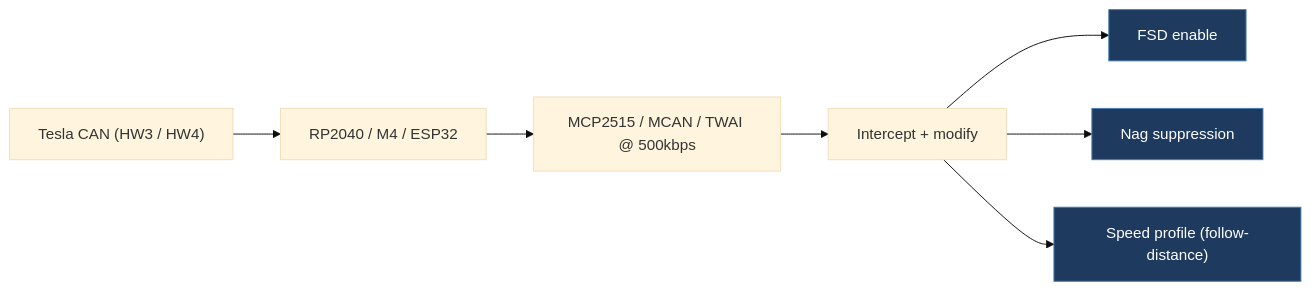
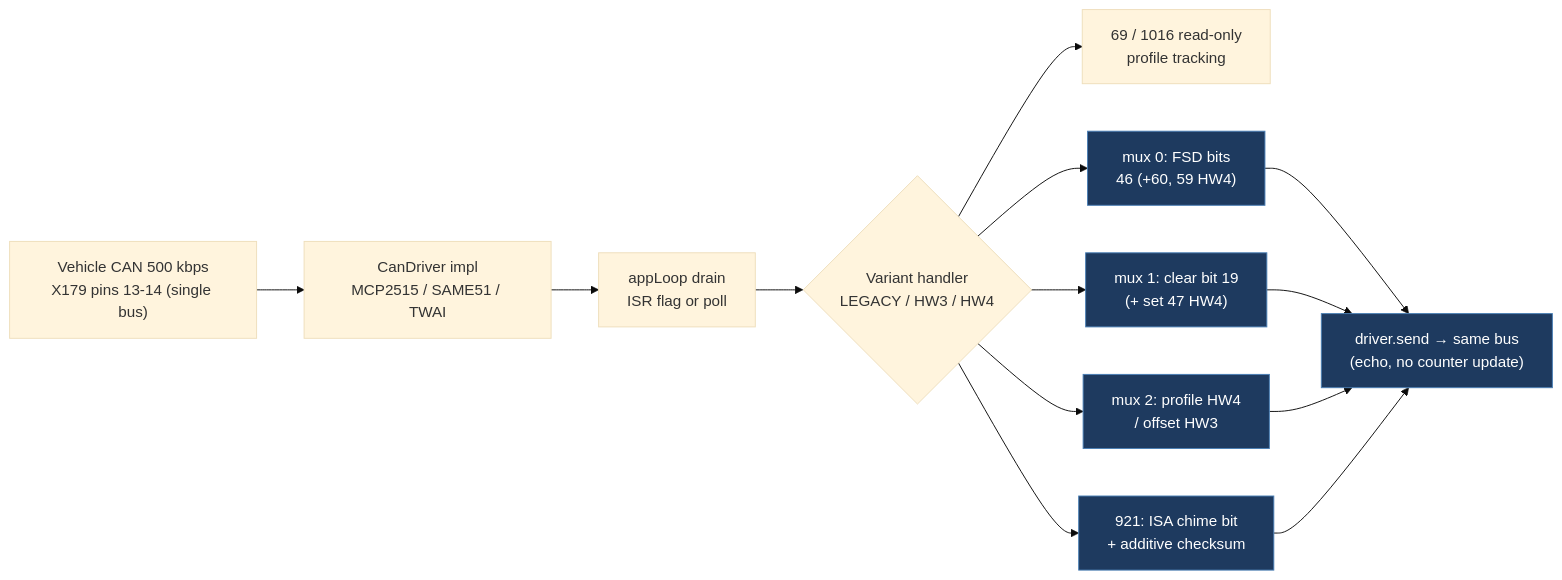
One commit to babico/TeslaCANModder changed the first of 2 diagrams in docs/legacy/dongho74s-tesla-open-can-mod.md. Above: the diagram before and after it, drawn with Mermaid (base theme). The commit also changed other lines of this file and 99 other files, not shown here.

````diff
--- a/docs/legacy/dongho74s-tesla-open-can-mod.md
+++ b/docs/legacy/dongho74s-tesla-open-can-mod.md
@@ -26,11 +103,14 @@
 ```mermaid
 flowchart LR
-    Car["Tesla CAN (HW3 / HW4)"] --> MCU["RP2040 / M4 / ESP32"]
-    MCU --> Driver["MCP2515 / MCAN / TWAI @ 500kbps"]
-    Driver --> Frame["Intercept + modify"]
-    Frame --> FSD["FSD enable"]
-    Frame --> Nag["Nag suppression"]
-    Frame --> Prof["Speed profile (follow-distance)"]
-    classDef path fill:#1e3a5f,stroke:#4a7fb5,color:#fff
-    class FSD,Nag,Prof path
+    Bus["Vehicle CAN 500 kbps<br/>X179 pins 13-14 (single bus)"] --> Driver["CanDriver impl<br/>MCP2515 / SAME51 / TWAI"]
+    Driver --> Drain["appLoop drain<br/>ISR flag or poll"]
+    Drain --> Variant{"Variant handler<br/>LEGACY / HW3 / HW4"}
+    Variant --> Stalk["69 / 1016 read-only<br/>profile tracking"]
+    Variant --> Mux0["mux 0: FSD bits<br/>46 (+60, 59 HW4)"]
+    Variant --> Mux1["mux 1: clear bit 19<br/>(+ set 47 HW4)"]
+    Variant --> Mux2["mux 2: profile HW4<br/>/ offset HW3"]
+    Variant --> Isa["921: ISA chime bit<br/>+ additive checksum"]
+    Mux0 & Mux1 & Mux2 & Isa --> Tx["driver.send → same bus<br/>(echo, no counter update)"]
+    classDef mutated fill:#1e3a5f,stroke:#4a7fb5,color:#fff
+    class Mux0,Mux1,Mux2,Isa,Tx mutated
 ```
````
